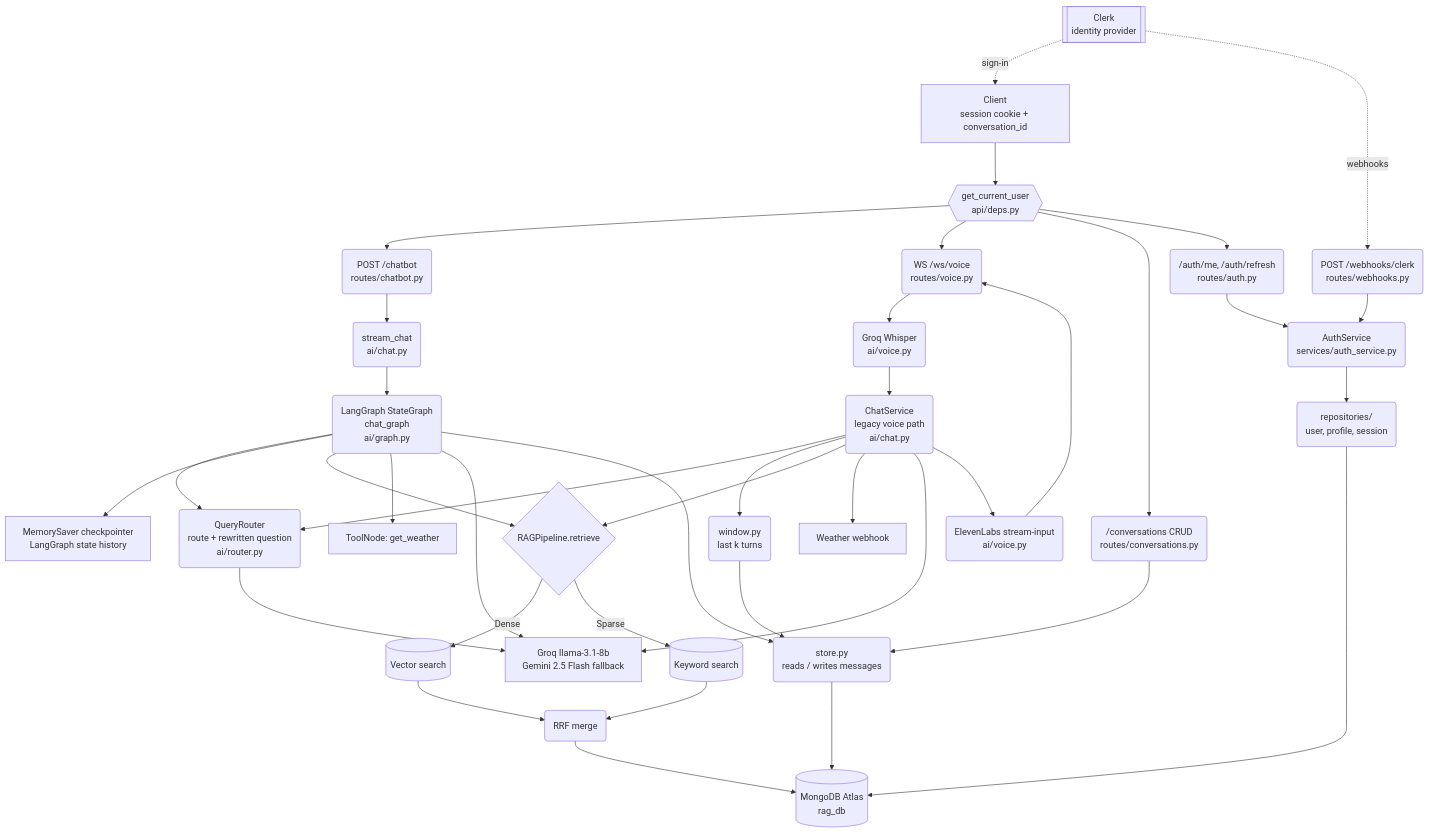
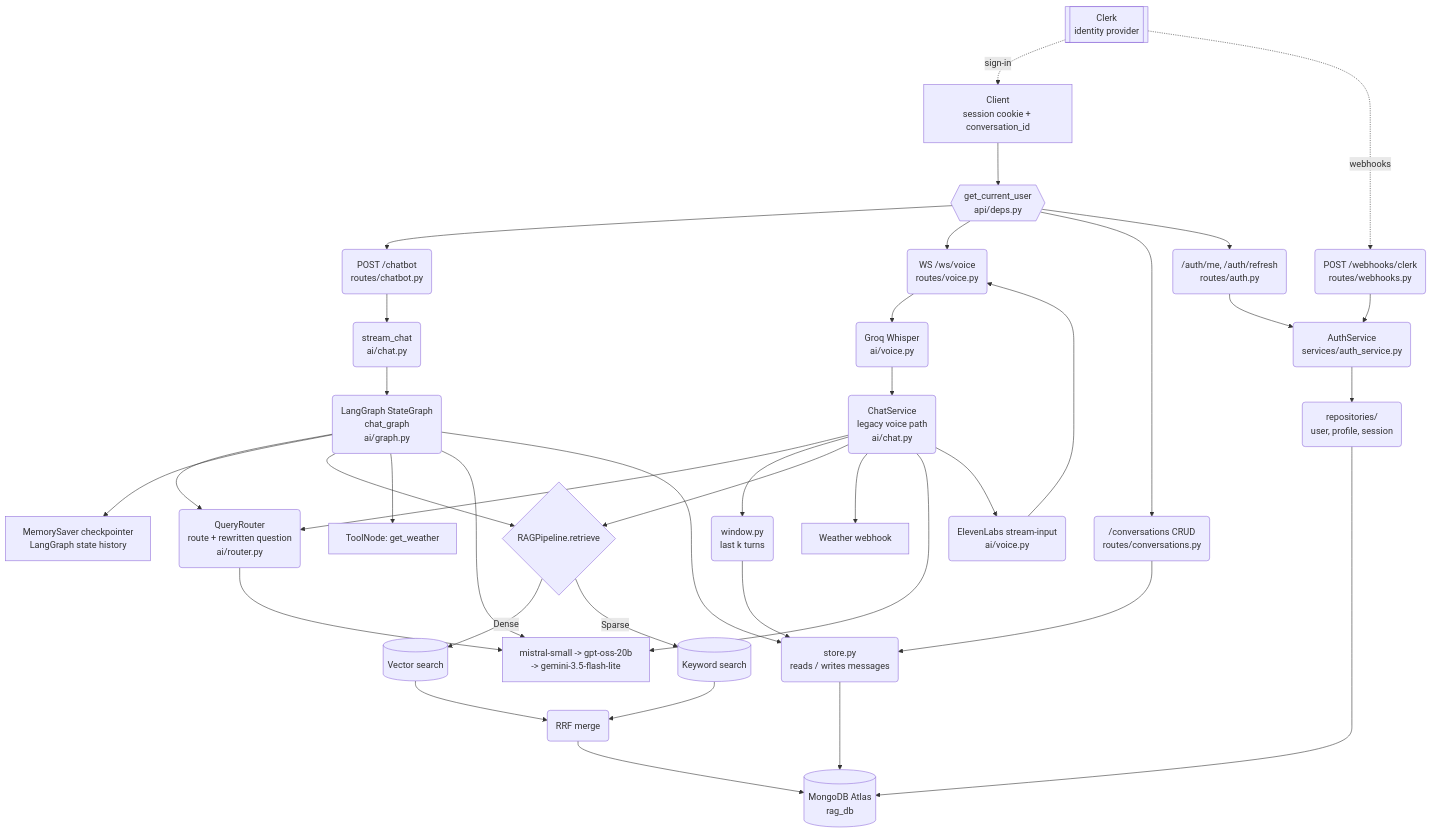
One commit to Harish1404/LangGraph-AI-Backend changed the first of 4 diagrams in docs/architecture.md. Above: the diagram before and after it, drawn with Mermaid. The commit also changed other lines of this file and 32 other files, not shown here.

````diff
--- a/docs/architecture.md
+++ b/docs/architecture.md
@@ -41,47 +41,47 @@
 ```mermaid
 graph TD
     CLERK[[Clerk<br/>identity provider]] -.sign-in.-> UI
     CLERK -.webhooks.-> WH(POST /webhooks/clerk<br/>routes/webhooks.py)
 
     UI[Client<br/>session cookie + conversation_id] --> GATE
     GATE{{get_current_user<br/>api/deps.py}} --> CHATEP(POST /chatbot<br/>routes/chatbot.py)
     GATE --> VOICEEP(WS /ws/voice<br/>routes/voice.py)
     GATE --> CONVEP(/conversations CRUD<br/>routes/conversations.py)
     GATE --> AUTHEP(/auth/me, /auth/refresh<br/>routes/auth.py)
 
     AUTHEP --> AUTHSVC(AuthService<br/>services/auth_service.py)
     WH --> AUTHSVC
     AUTHSVC --> REPOS(repositories/<br/>user, profile, session)
     REPOS --> DB
 
     CHATEP --> STREAM(stream_chat<br/>ai/chat.py)
     STREAM --> GRAPH(LangGraph StateGraph<br/>chat_graph<br/>ai/graph.py)
 
     GRAPH --> ROUTER(QueryRouter<br/>route + rewritten question<br/>ai/router.py)
     GRAPH --> CHECKPOINT[MemorySaver checkpointer<br/>LangGraph state history]
     GRAPH --> PIPE{RAGPipeline.retrieve}
     GRAPH --> TOOLNODE[ToolNode: get_weather]
-    GRAPH --> LLM[Groq llama-3.1-8b<br/>Gemini 2.5 Flash fallback]
+    GRAPH --> LLM[mistral-small -> gpt-oss-20b<br/>-> gemini-3.5-flash-lite]
 
     VOICEEP --> STT(Groq Whisper<br/>ai/voice.py)
     STT --> SERVICE(ChatService<br/>legacy voice path<br/>ai/chat.py)
     SERVICE --> ROUTER
     SERVICE --> WINDOW(window.py<br/>last k turns)
     SERVICE --> PIPE
     SERVICE --> HOOK[Weather webhook]
     SERVICE --> LLM
     SERVICE --> TTS(ElevenLabs stream-input<br/>ai/voice.py)
     TTS --> VOICEEP
 
     ROUTER --> LLM
     PIPE -->|Dense| VEC[(Vector search)]
     PIPE -->|Sparse| KEY[(Keyword search)]
     VEC --> RRF(RRF merge)
     KEY --> RRF
     RRF --> DB[(MongoDB Atlas<br/>rag_db)]
 
     WINDOW --> STORE(store.py<br/>reads / writes messages)
     GRAPH --> STORE
     CONVEP --> STORE
     STORE --> DB
 ```
````
